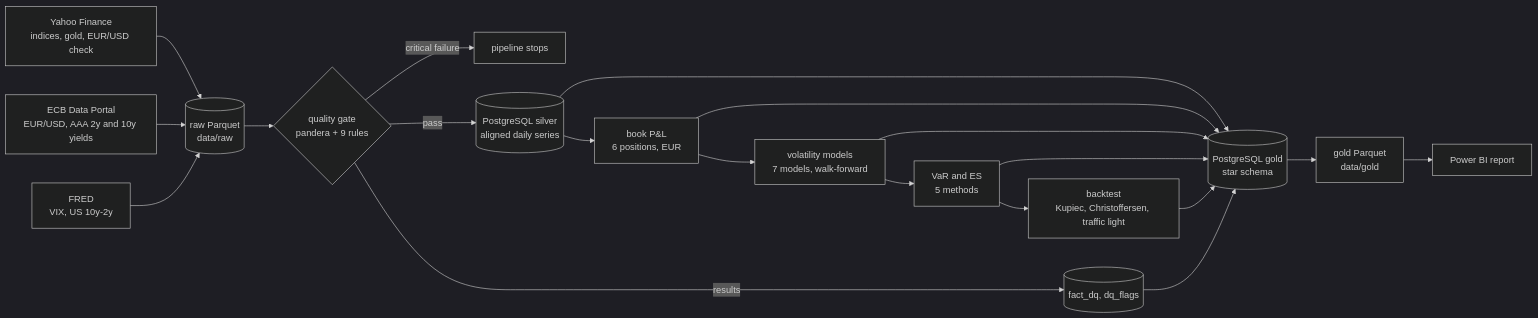
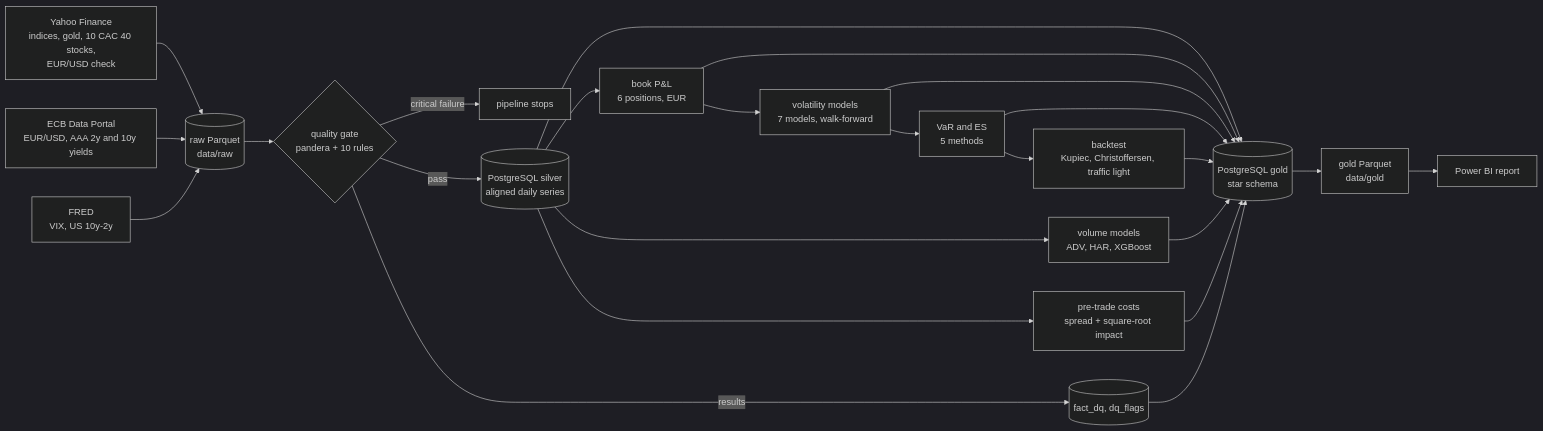
The diagram in README.md (MedChahb/market_risk_monitor), drawn with Mermaid (dark theme) before and after one commit. The commit also changed other lines of this file and 7 other files, not shown here.

````diff
--- a/README.md
+++ b/README.md
@@ -11,22 +11,26 @@
 ```mermaid
 flowchart LR
-    Y[Yahoo Finance<br/>indices, gold, EUR/USD check] --> R[(raw Parquet<br/>data/raw)]
+    Y[Yahoo Finance<br/>indices, gold, 10 CAC 40 stocks,<br/>EUR/USD check] --> R[(raw Parquet<br/>data/raw)]
     E[ECB Data Portal<br/>EUR/USD, AAA 2y and 10y yields] --> R
     F[FRED<br/>VIX, US 10y-2y] --> R
-    R --> Q{quality gate<br/>pandera + 9 rules}
+    R --> Q{quality gate<br/>pandera + 10 rules}
     Q -->|critical failure| X[pipeline stops]
     Q -->|results| DQ[(fact_dq, dq_flags)]
     Q -->|pass| S[(PostgreSQL silver<br/>aligned daily series)]
     S --> G[(PostgreSQL gold<br/>star schema)]
     S --> B[book P&L<br/>6 positions, EUR]
     B --> G
     B --> V[volatility models<br/>7 models, walk-forward]
     V --> G
     V --> VR[VaR and ES<br/>5 methods]
     VR --> G
     VR --> BT[backtest<br/>Kupiec, Christoffersen, traffic light]
     BT --> G
+    S --> VM[volume models<br/>ADV, HAR, XGBoost]
+    VM --> G
+    S --> C[pre-trade costs<br/>spread + square-root impact]
+    C --> G
     DQ --> G
     G --> P[gold Parquet<br/>data/gold]
     P --> BI[Power BI report]
 ```
````
